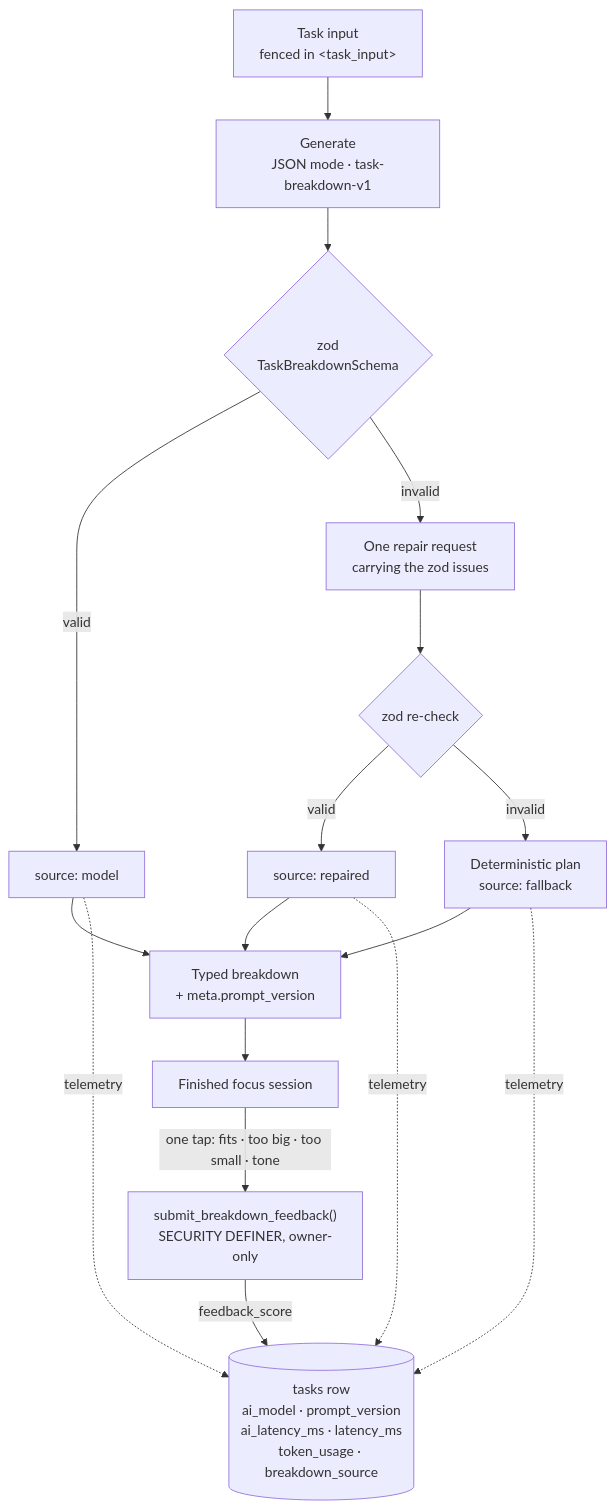
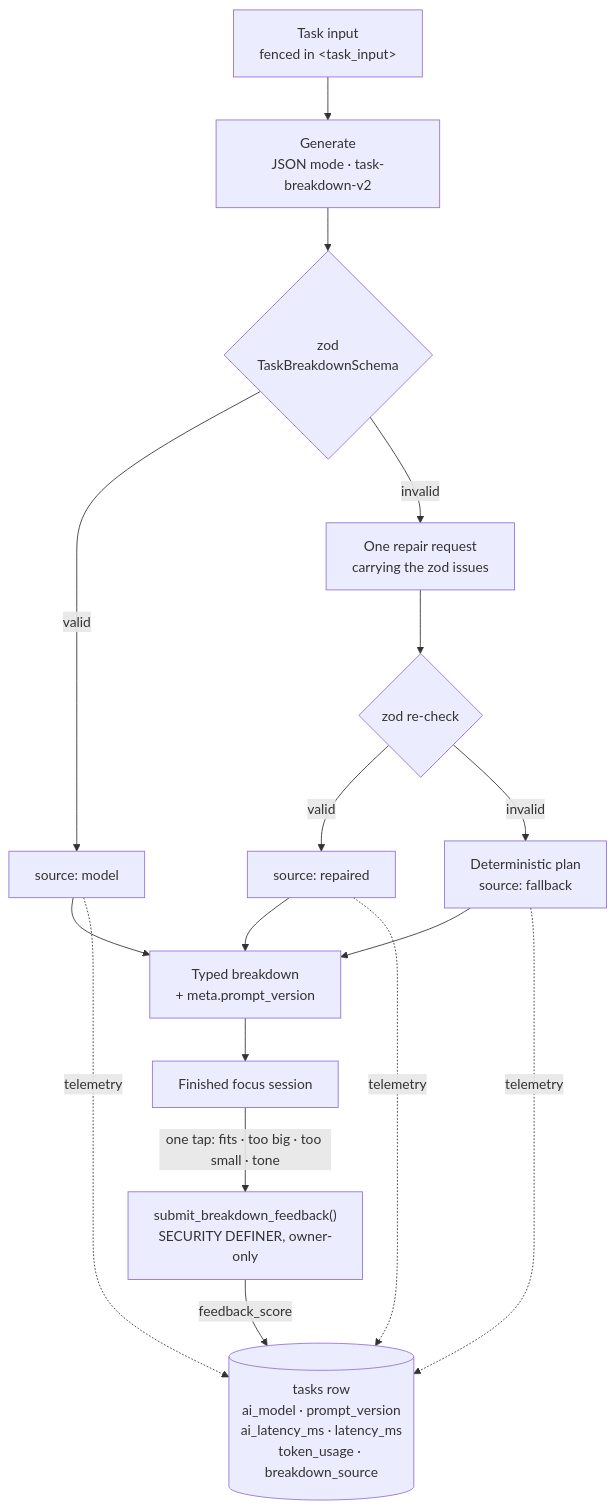
One commit to ahmetHakanSenel/Minito changed the third of 3 diagrams in README.md. Above: the diagram before and after it, drawn with Mermaid. The commit also changed other lines of this file and 7 other files, not shown here.

First line of the commit message:
feat(ai): make an easy first step part of the contract (task-breakdown-v2)

````diff
--- a/README.md
+++ b/README.md
@@ -132,19 +133,19 @@
 ```mermaid
 flowchart TB
-  IN["Task input<br/>fenced in &lt;task_input&gt;"] --> GEN["Generate<br/>JSON mode · task-breakdown-v1"]
+  IN["Task input<br/>fenced in &lt;task_input&gt;"] --> GEN["Generate<br/>JSON mode · task-breakdown-v2"]
   GEN --> VAL{"zod<br/>TaskBreakdownSchema"}
   VAL -- valid --> OK["source: model"]
   VAL -- invalid --> REP["One repair request<br/>carrying the zod issues"]
   REP --> VAL2{"zod re-check"}
   VAL2 -- valid --> FIX["source: repaired"]
   VAL2 -- invalid --> FB["Deterministic plan<br/>source: fallback"]
   OK --> OUT["Typed breakdown<br/>+ meta.prompt_version"]
   FIX --> OUT
   FB --> OUT
   OK -. telemetry .-> TEL[("tasks row<br/>ai_model · prompt_version<br/>ai_latency_ms · latency_ms<br/>token_usage · breakdown_source")]
   FIX -. telemetry .-> TEL
   FB -. telemetry .-> TEL
   OUT --> DONE["Finished focus session"]
   DONE -- "one tap: fits · too big · too small · tone" --> RPC["submit_breakdown_feedback()<br/>SECURITY DEFINER, owner-only"]
   RPC -- feedback_score --> TEL
 ```
````
